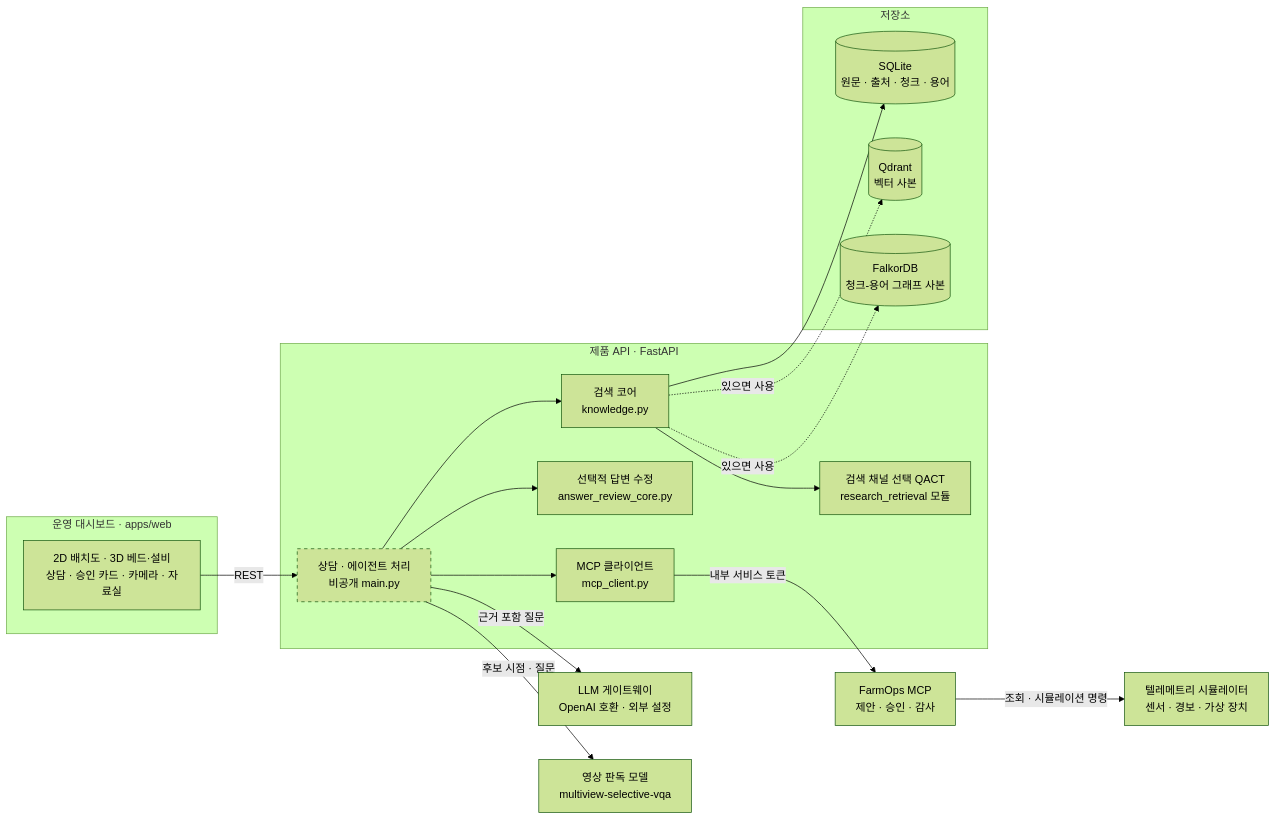
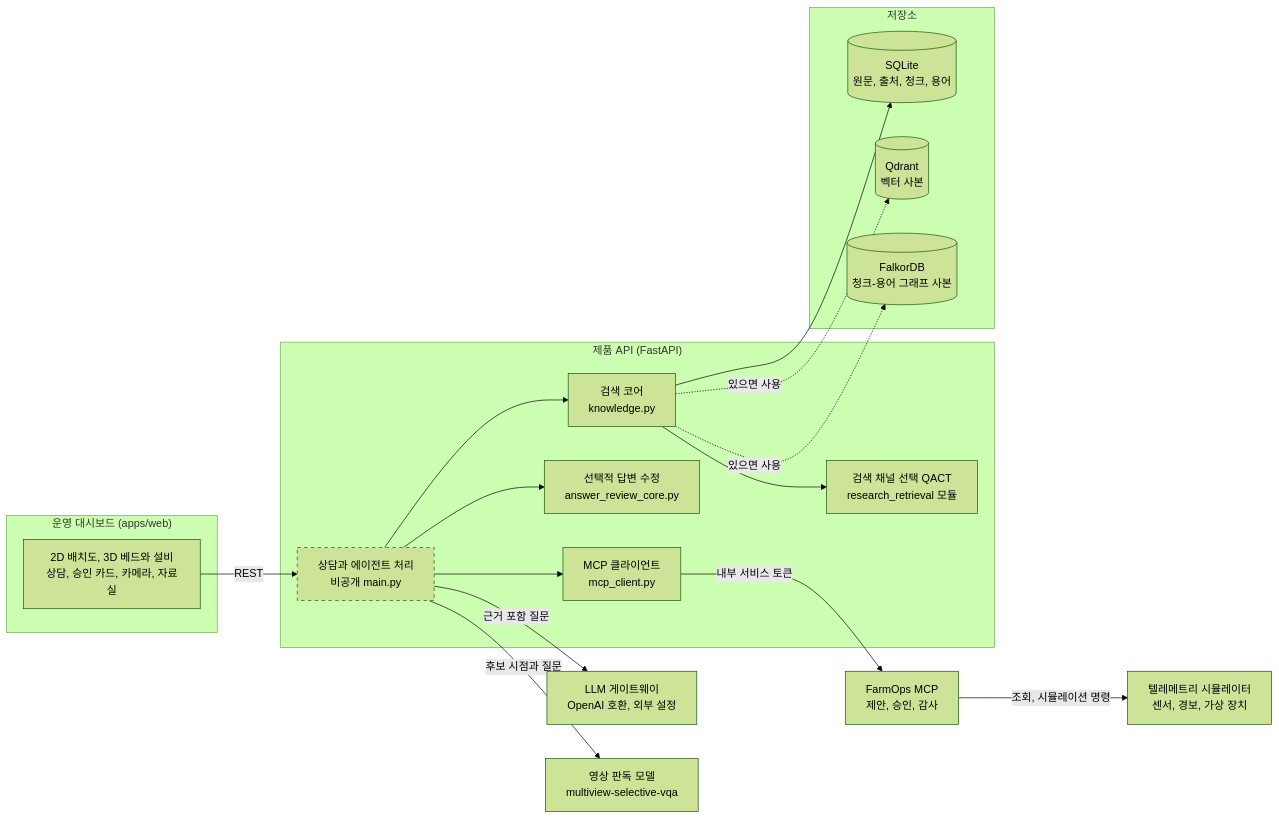
The first of 5 diagrams in README.md (NAMUORI00/smartfarm-adaptive-rag), drawn with Mermaid (forest theme) before and after one commit. The commit also changed other lines of this file, not shown here.

````diff
--- a/README.md
+++ b/README.md
@@ -78,41 +78,41 @@
 ```mermaid
 flowchart LR
-    subgraph CLIENT["운영 대시보드 · apps/web"]
-        WEB["2D 배치도 · 3D 베드·설비<br/>상담 · 승인 카드 · 카메라 · 자료실"]
+    subgraph CLIENT["운영 대시보드 (apps/web)"]
+        WEB["2D 배치도, 3D 베드와 설비<br/>상담, 승인 카드, 카메라, 자료실"]
     end
 
-    subgraph PRODUCT["제품 API · FastAPI"]
-        ADV["상담 · 에이전트 처리<br/>비공개 main.py"]
+    subgraph PRODUCT["제품 API (FastAPI)"]
+        ADV["상담과 에이전트 처리<br/>비공개 main.py"]
         KS["검색 코어<br/>knowledge.py"]
         QACT["검색 채널 선택 QACT<br/>research_retrieval 모듈"]
         SR["선택적 답변 수정<br/>answer_review_core.py"]
         MCPC["MCP 클라이언트<br/>mcp_client.py"]
     end
 
     subgraph STORES["저장소"]
-        SQL[("SQLite<br/>원문 · 출처 · 청크 · 용어")]
+        SQL[("SQLite<br/>원문, 출처, 청크, 용어")]
         QD[("Qdrant<br/>벡터 사본")]
         FK[("FalkorDB<br/>청크-용어 그래프 사본")]
     end
 
-    LLM["LLM 게이트웨이<br/>OpenAI 호환 · 외부 설정"]
+    LLM["LLM 게이트웨이<br/>OpenAI 호환, 외부 설정"]
     VLM["영상 판독 모델<br/>multiview-selective-vqa"]
-    MCP["FarmOps MCP<br/>제안 · 승인 · 감사"]
-    TEL["텔레메트리 시뮬레이터<br/>센서 · 경보 · 가상 장치"]
+    MCP["FarmOps MCP<br/>제안, 승인, 감사"]
+    TEL["텔레메트리 시뮬레이터<br/>센서, 경보, 가상 장치"]
 
     WEB -->|"REST"| ADV
     ADV --> KS
     KS --> QACT
     KS --> SQL
     KS -.->|"있으면 사용"| QD
     KS -.->|"있으면 사용"| FK
     ADV --> SR
     ADV -->|"근거 포함 질문"| LLM
-    ADV -->|"후보 시점 · 질문"| VLM
+    ADV -->|"후보 시점과 질문"| VLM
     ADV --> MCPC
     MCPC -->|"내부 서비스 토큰"| MCP
-    MCP -->|"조회 · 시뮬레이션 명령"| TEL
+    MCP -->|"조회, 시뮬레이션 명령"| TEL
 
     classDef private stroke-dasharray: 5 5;
     class ADV private;
 ```
````
